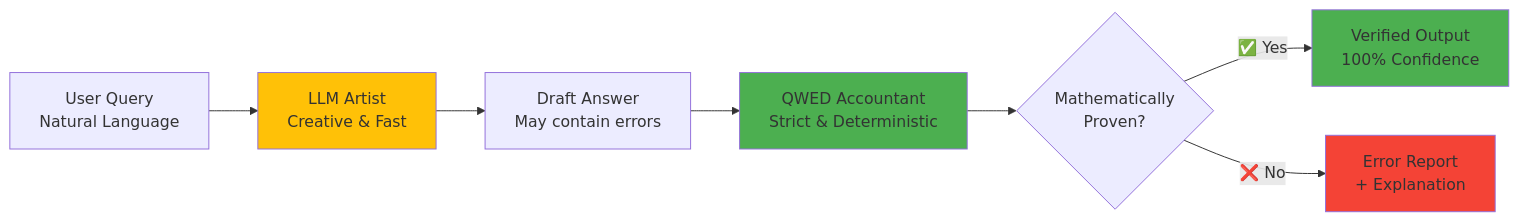
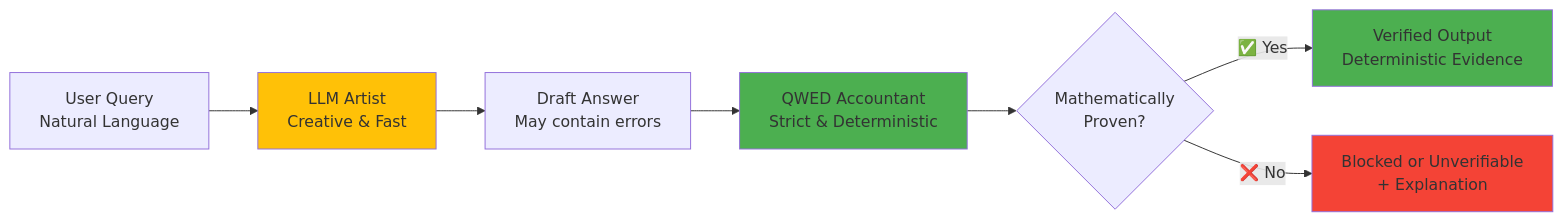
One commit to QWED-AI/qwed-learning changed the diagram in README.md. Above: the diagram before and after it, drawn with Mermaid. The commit also changed other lines of this file and 23 other files, not shown here.

````diff
--- a/README.md
+++ b/README.md
@@ -142,14 +142,14 @@
 ```mermaid
 graph LR
     A["User Query<br/>Natural Language"] --> B["LLM Artist<br/>Creative & Fast"]
     B --> C["Draft Answer<br/>May contain errors"]
     C --> D["QWED Accountant<br/>Strict & Deterministic"]
     D --> E{"Mathematically<br/>Proven?"}
-    E -->|"✅ Yes"| F["Verified Output<br/>100% Confidence"]
-    E -->|"❌ No"| G["Error Report<br/>+ Explanation"]
+    E -->|"✅ Yes"| F["Verified Output<br/>Deterministic Evidence"]
+    E -->|"❌ No"| G["Blocked or Unverifiable<br/>+ Explanation"]
     
     style B fill:#ffc107
     style D fill:#4caf50
     style F fill:#4caf50
     style G fill:#f44336
 ```
````
